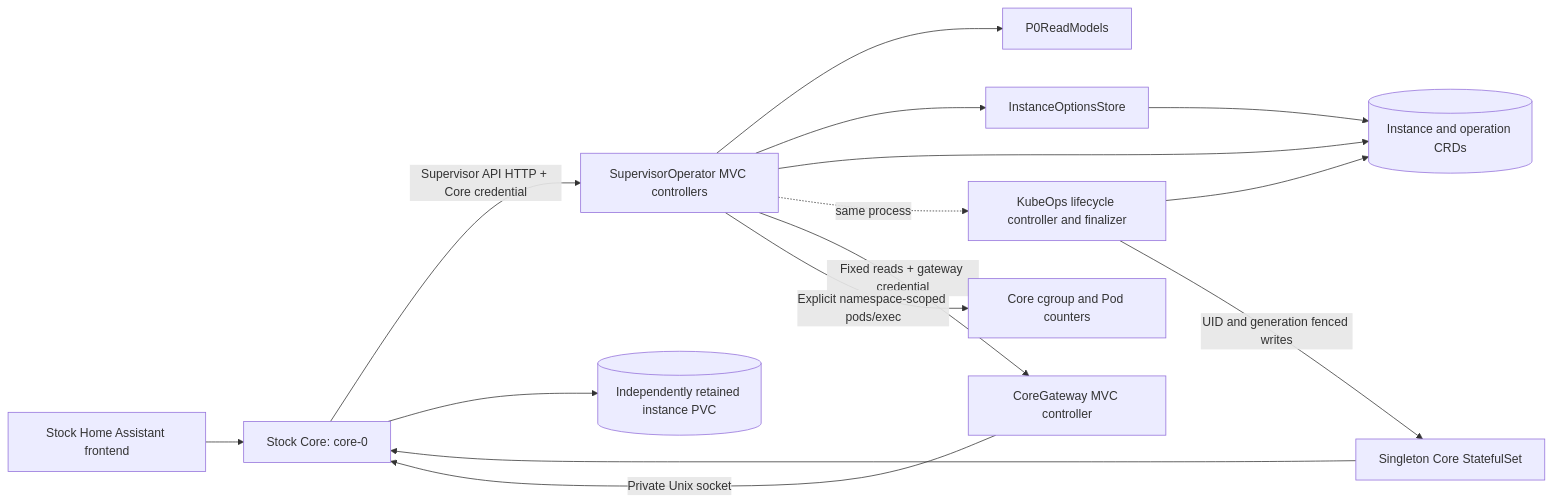
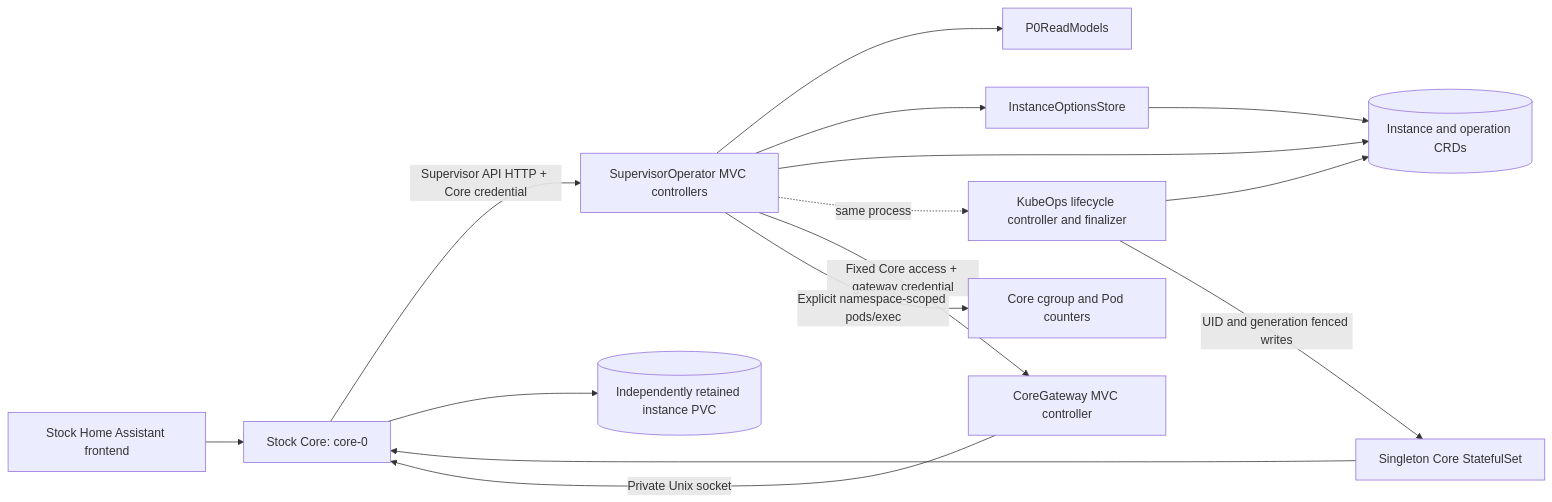
Before and after one commit to anhaehne/home-assistant-supervisor-operator: the diagram in docs/architecture.md, drawn with Mermaid. The commit also changed other lines of this file and 36 other files, not shown here.

````diff
--- a/docs/architecture.md
+++ b/docs/architecture.md
@@ -7,17 +7,17 @@
 ```mermaid
 flowchart LR
     Browser[Stock Home Assistant frontend] --> Core[Stock Core: core-0]
     Core -->|Supervisor API HTTP + Core credential| API[SupervisorOperator MVC controllers]
     API --> Models[P0ReadModels]
     API --> Options[InstanceOptionsStore]
     API --> Intent[(Instance and operation CRDs)]
     API -. same process .-> Controller[KubeOps lifecycle controller and finalizer]
     Controller --> Intent
     Controller -->|UID and generation fenced writes| Workload[Singleton Core StatefulSet]
     Workload --> Core
     Options --> Intent
     Core --> Config[(Independently retained instance PVC)]
-    API -->|Fixed reads + gateway credential| Gateway[CoreGateway MVC controller]
+    API -->|Fixed Core access + gateway credential| Gateway[CoreGateway MVC controller]
     Gateway -->|Private Unix socket| Core
     API -->|Explicit namespace-scoped pods/exec| Metrics[Core cgroup and Pod counters]
 ```
````
